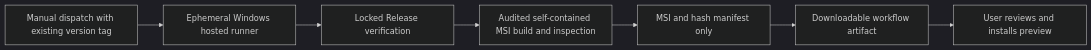
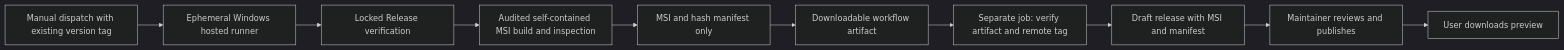
Before and after one commit to kiforsbe/procsight: the second of 33 diagrams in ARCHITECTURE.md, drawn with Mermaid (dark theme). The commit also changed other lines of this file and 9 other files, not shown here.

Commit message:
ci: prepare draft releases with verified MSI assets

````diff
--- a/ARCHITECTURE.md
+++ b/ARCHITECTURE.md
@@ -93,9 +96,12 @@
 ```mermaid
 flowchart LR
     Source[Manual dispatch with existing version tag] --> Runner[Ephemeral Windows hosted runner]
     Runner --> Verify[Locked Release verification]
     Verify --> Package[Audited self-contained MSI build and inspection]
     Package --> Stage[MSI and hash manifest only]
     Stage --> Artifact[Downloadable workflow artifact]
-    Artifact --> User[User reviews and installs preview]
+    Artifact --> DraftJob[Separate job: verify artifact and remote tag]
+    DraftJob --> Draft[Draft release with MSI and manifest]
+    Draft --> Review[Maintainer reviews and publishes]
+    Review --> User[User downloads preview]
 ```
````
